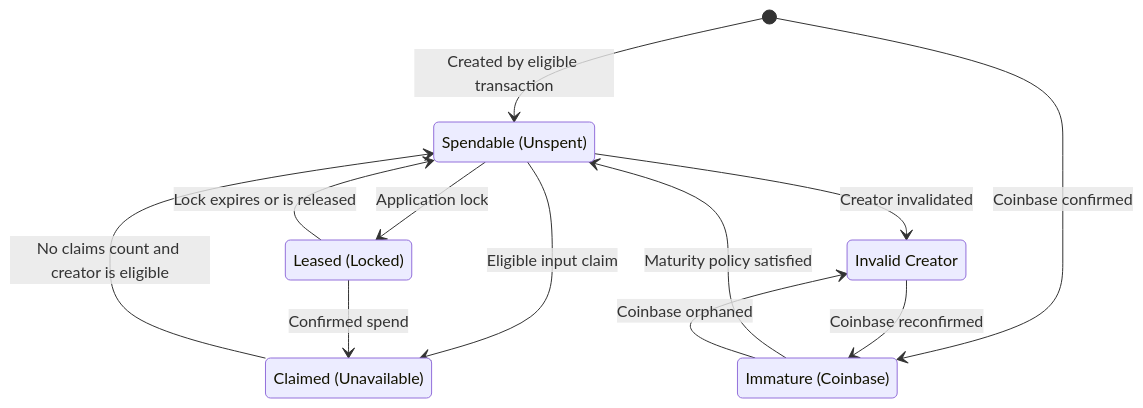
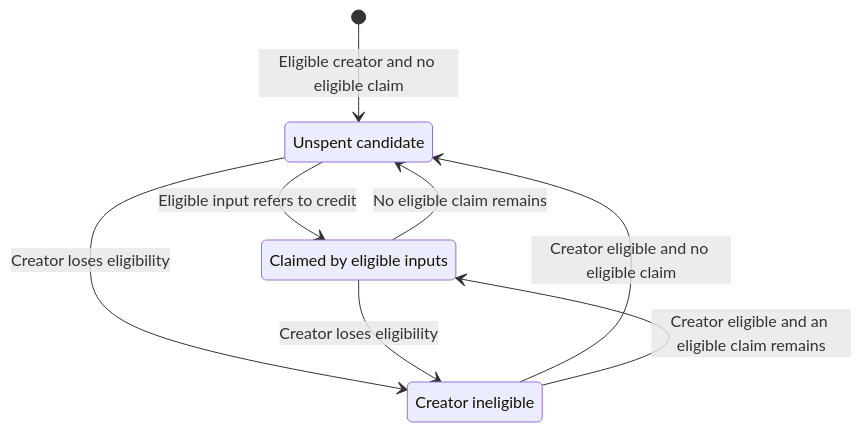
The third of 6 diagrams in docs/developer/utxo_data_model.md (btcsuite/btcwallet), drawn with Mermaid before and after one commit. The commit also changed other lines of this file and 1 other file, not shown here.

First line of the commit message:
docs: explain SQL credit visibility

````diff
--- a/docs/developer/utxo_data_model.md
+++ b/docs/developer/utxo_data_model.md
@@ -227,21 +196,14 @@
 ```mermaid
 stateDiagram-v2
-    %% Explain derived availability without storing another status or spender.
-    %% Release requires no remaining eligible or confirmed claimant.
-    state "Spendable (Unspent)" as Unspent
-    state "Immature (Coinbase)" as Immature
-    state "Leased (Locked)" as Leased
-    state "Claimed (Unavailable)" as Claimed
-    state "Invalid Creator" as Dead
-    [*] --> Unspent : Created by eligible transaction
-    [*] --> Immature : Coinbase confirmed
-    Unspent --> Leased : Application lock
-    Leased --> Unspent : Lock expires or is released
-    Unspent --> Claimed : Eligible input claim
-    Leased --> Claimed : Confirmed spend
-    Claimed --> Unspent : No claims count and creator is eligible
-    Immature --> Unspent : Maturity policy satisfied
-    Unspent --> Dead : Creator invalidated
-    Immature --> Dead : Coinbase orphaned
-    Dead --> Immature : Coinbase reconfirmed
+    %% These are read projections: any eligible claim reserves the known credit.
+    state "Unspent candidate" as Unspent
+    state "Claimed by eligible inputs" as Claimed
+    state "Creator ineligible" as Ineligible
+    [*] --> Unspent : Eligible creator and no eligible claim
+    Unspent --> Claimed : Eligible input refers to credit
+    Claimed --> Unspent : No eligible claim remains
+    Unspent --> Ineligible : Creator loses eligibility
+    Claimed --> Ineligible : Creator loses eligibility
+    Ineligible --> Unspent : Creator eligible and no eligible claim
+    Ineligible --> Claimed : Creator eligible and an eligible claim remains
 ```
````
